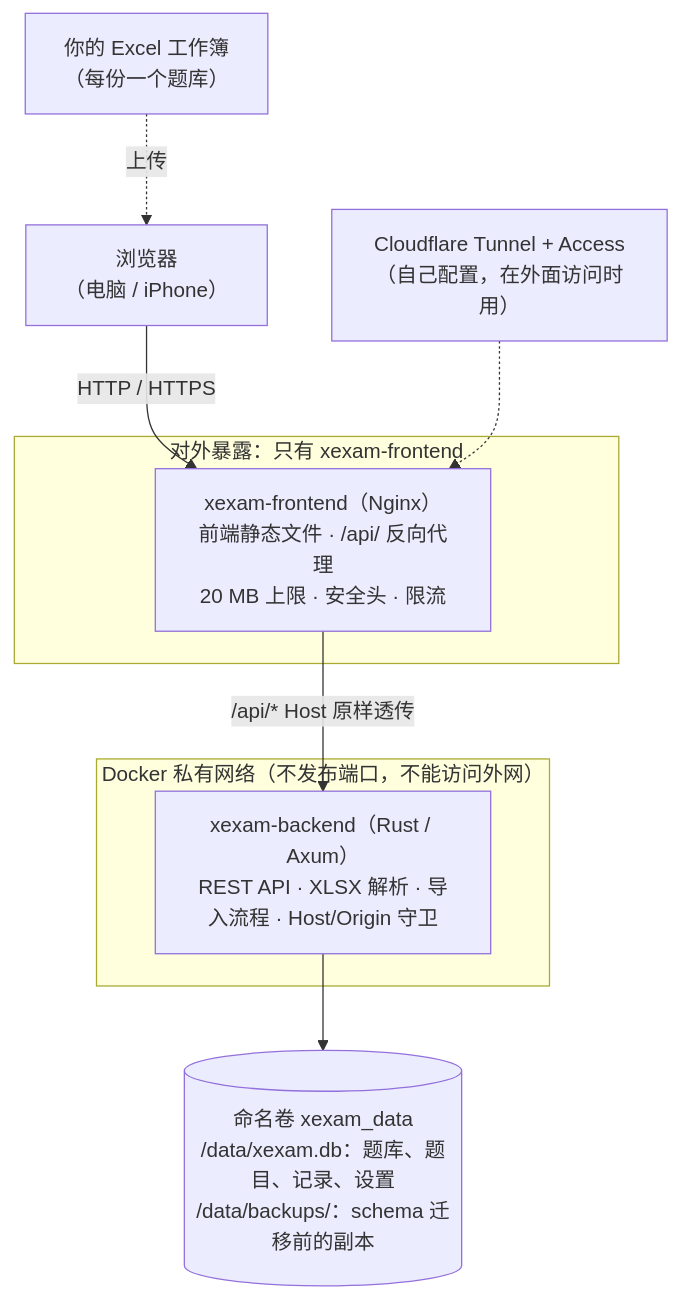
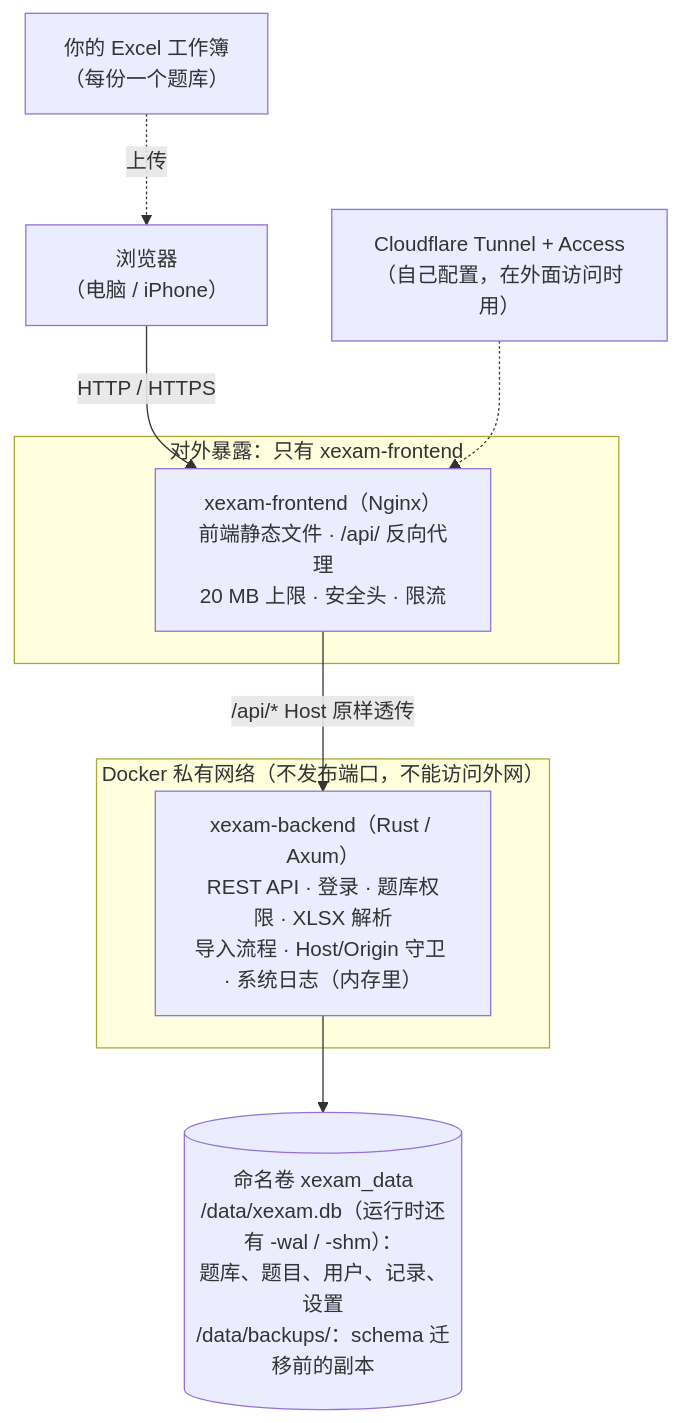
One commit to Yumin-Space/xexam changed the second of 7 diagrams in README/README.zh-CN.md. Above: the diagram before and after it, drawn with Mermaid. The commit also changed other lines of this file and 295 other files, not shown here.

````diff
--- a/README/README.zh-CN.md
+++ b/README/README.zh-CN.md
@@ -665,14 +912,14 @@
 ```mermaid
 flowchart TB
     U["浏览器<br/>（电脑 / iPhone）"] -->|"HTTP / HTTPS"| N
     subgraph pub["对外暴露：只有 xexam-frontend"]
         N["xexam-frontend（Nginx）<br/>前端静态文件 · /api/ 反向代理<br/>20 MB 上限 · 安全头 · 限流"]
     end
     subgraph priv["Docker 私有网络（不发布端口，不能访问外网）"]
-        B["xexam-backend（Rust / Axum）<br/>REST API · XLSX 解析 · 导入流程 · Host/Origin 守卫"]
+        B["xexam-backend（Rust / Axum）<br/>REST API · 登录 · 题库权限 · XLSX 解析<br/>导入流程 · Host/Origin 守卫 · 系统日志（内存里）"]
     end
     N -->|"/api/*  Host 原样透传"| B
-    B --> D[("命名卷 xexam_data<br/>/data/xexam.db：题库、题目、记录、设置<br/>/data/backups/：schema 迁移前的副本")]
+    B --> D[("命名卷 xexam_data<br/>/data/xexam.db（运行时还有 -wal / -shm）：<br/>题库、题目、用户、记录、设置<br/>/data/backups/：schema 迁移前的副本")]
     CF["Cloudflare Tunnel + Access<br/>（自己配置，在外面访问时用）"] -.-> N
     X["你的 Excel 工作簿<br/>（每份一个题库）"] -.->|"上传"| U
 ```
````
